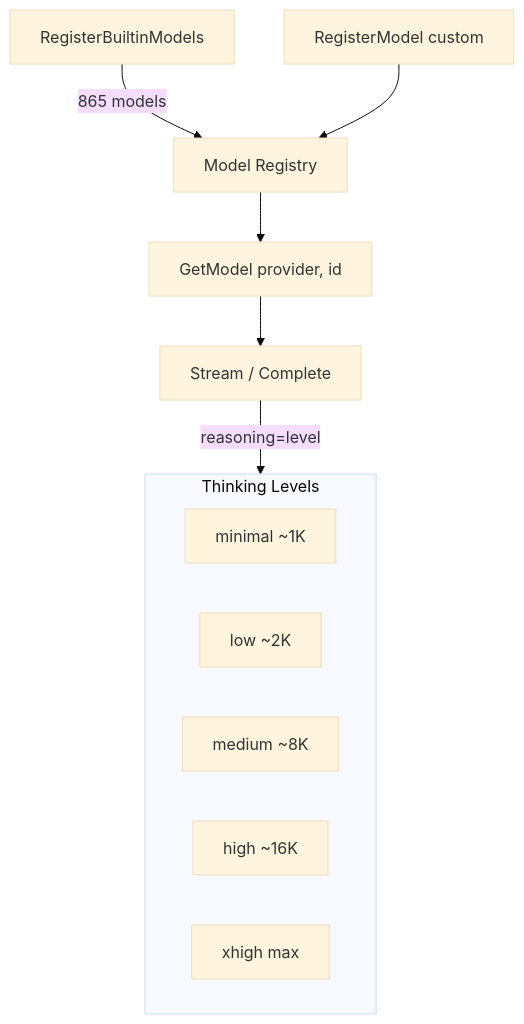
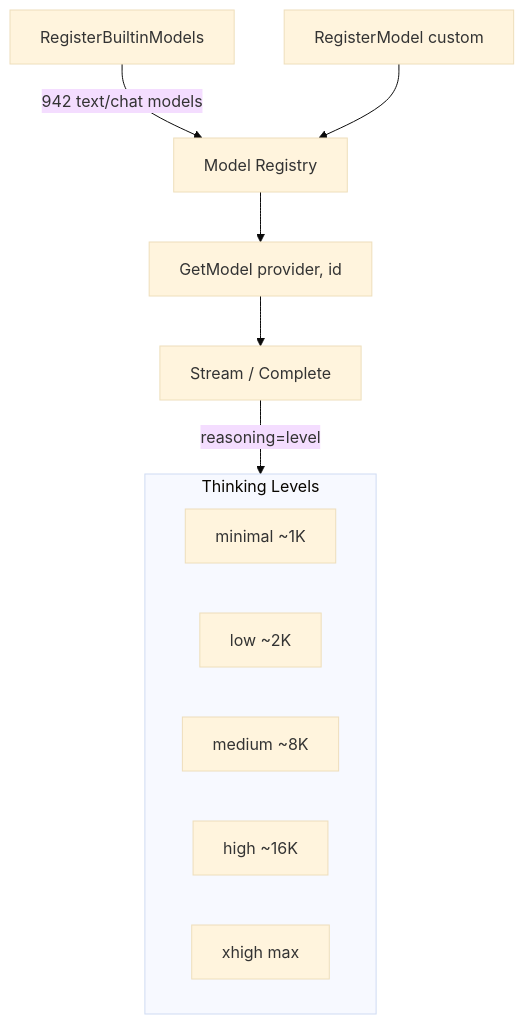
Before and after one commit to rcarmo/go-ai: the diagram in docs/model-selection.md, drawn with Mermaid (base theme). The commit also changed other lines of this file and 6 other files, not shown here.

````diff
--- a/docs/model-selection.md
+++ b/docs/model-selection.md
@@ -5,17 +5,17 @@
 ```mermaid
 flowchart TD
-    A[RegisterBuiltinModels] -->|865 models| B[Model Registry]
+    A[RegisterBuiltinModels] -->|942 text/chat models| B[Model Registry]
     C[RegisterModel custom] --> B
     B --> D[GetModel provider, id]
     D --> E[Stream / Complete]
 
     subgraph Thinking["Thinking Levels"]
         T1[minimal ~1K]
         T2[low ~2K]
         T3[medium ~8K]
         T4[high ~16K]
         T5[xhigh max]
     end
 
     E -->|reasoning=level| Thinking
 ```
````
